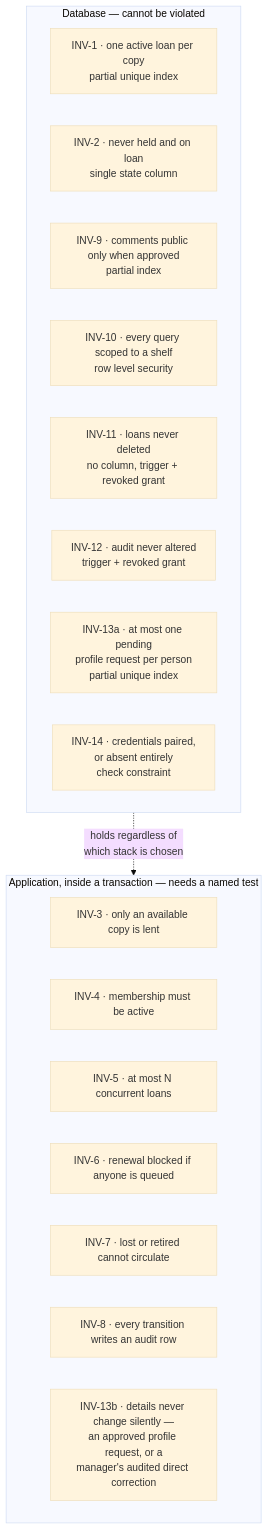
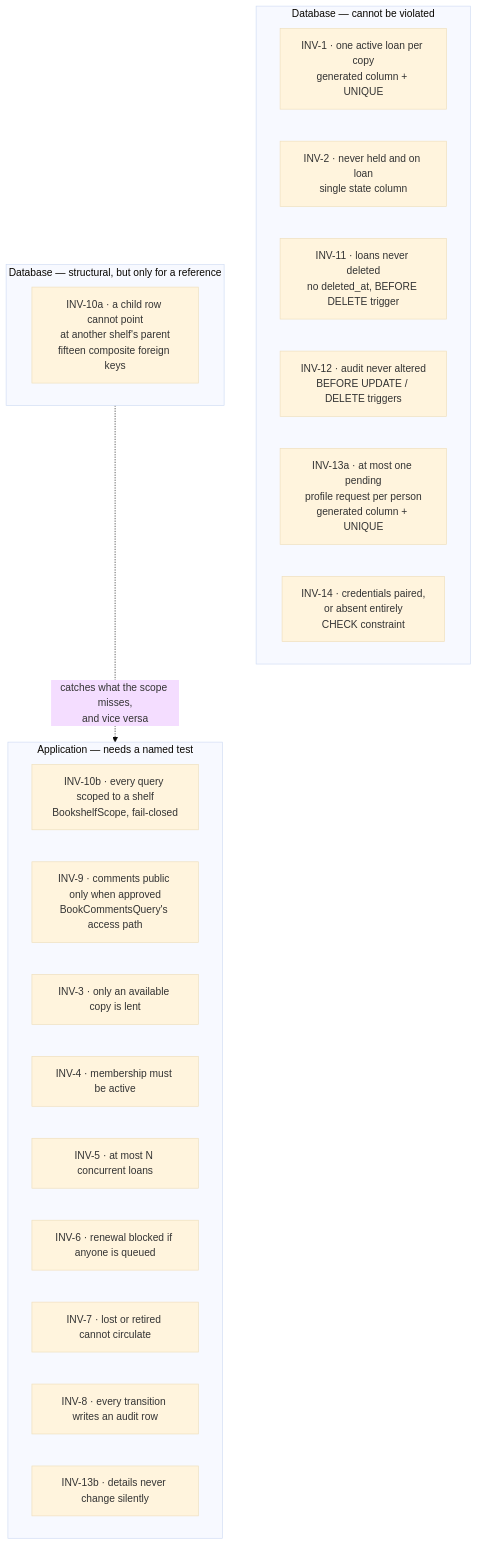
The second of 2 diagrams in docs/DATABASE.md (kienmatu/OLibra), drawn with Mermaid (base theme) before and after one commit. The commit also changed other lines of this file and 536 other files, not shown here.

First line of the commit message:
Phase 4: the cutover — one application, and documents that describe it (#73)

````diff
--- a/docs/DATABASE.md
+++ b/docs/DATABASE.md
@@ -157,23 +178,26 @@
 ```mermaid
 flowchart TB
     subgraph DB["Database — cannot be violated"]
-        I1["INV-1 · one active loan per copy<br/>partial unique index"]
+        I1["INV-1 · one active loan per copy<br/>generated column + UNIQUE"]
         I2["INV-2 · never held and on loan<br/>single state column"]
-        I9["INV-9 · comments public only when approved<br/>partial index"]
-        I10["INV-10 · every query scoped to a shelf<br/>row level security"]
-        I11["INV-11 · loans never deleted<br/>no column, trigger + revoked grant"]
-        I12["INV-12 · audit never altered<br/>trigger + revoked grant"]
-        I13a["INV-13a · at most one pending<br/>profile request per person<br/>partial unique index"]
-        I14["INV-14 · credentials paired,<br/>or absent entirely<br/>check constraint"]
+        I11["INV-11 · loans never deleted<br/>no deleted_at, BEFORE DELETE trigger"]
+        I12["INV-12 · audit never altered<br/>BEFORE UPDATE / DELETE triggers"]
+        I13a["INV-13a · at most one pending<br/>profile request per person<br/>generated column + UNIQUE"]
+        I14["INV-14 · credentials paired,<br/>or absent entirely<br/>CHECK constraint"]
     end
-    subgraph APP["Application, inside a transaction — needs a named test"]
+    subgraph FK["Database — structural, but only for a reference"]
+        I10a["INV-10a · a child row cannot point<br/>at another shelf's parent<br/>fifteen composite foreign keys"]
+    end
+    subgraph APP["Application — needs a named test"]
+        I10b["INV-10b · every query scoped to a shelf<br/>BookshelfScope, fail-closed"]
+        I9["INV-9 · comments public only when approved<br/>BookCommentsQuery's access path"]
         I3["INV-3 · only an available copy is lent"]
         I4["INV-4 · membership must be active"]
         I5["INV-5 · at most N concurrent loans"]
         I6["INV-6 · renewal blocked if anyone is queued"]
         I7["INV-7 · lost or retired cannot circulate"]
         I8["INV-8 · every transition writes an audit row"]
-        I13b["INV-13b · details never change silently —<br/>an approved profile request, or a<br/>manager's audited direct correction"]
+        I13b["INV-13b · details never change silently"]
     end
-    DB -.->|"holds regardless of<br/>which stack is chosen"| APP
+    FK -.->|"catches what the scope misses,<br/>and vice versa"| APP
 ```
````
